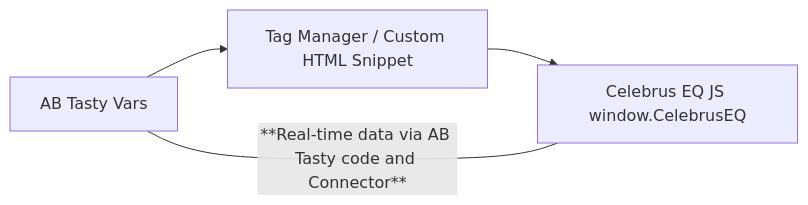
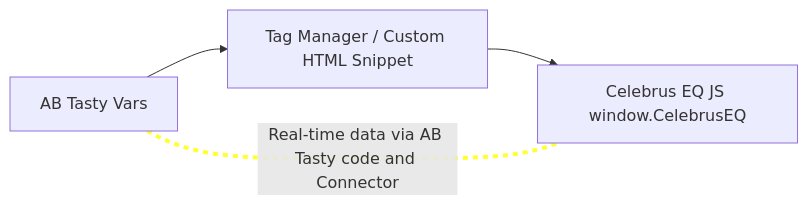
One commit to valoudefou/celebrus-analytics-abtasty-integration changed the diagram in README.md. Above: the diagram before and after it, drawn with Mermaid.

````diff
--- a/README.md
+++ b/README.md
@@ -64,8 +64,11 @@
 ```mermaid
 flowchart LR
     A[AB Tasty Vars<br>] --> B[Tag Manager / Custom HTML Snippet]
     B --> C[Celebrus EQ JS window.CelebrusEQ</a>]
 
     %% Real-time data flow arrow
-    A ---|**Real-time data via AB Tasty code and Connector**| C
+    A ---|Real-time data via AB Tasty code and Connector| C
+
+    %% Highlight the arrow
+    linkStyle 2 stroke:#ff3,stroke-width:4px,stroke-dasharray: 5 5
 ```
````
